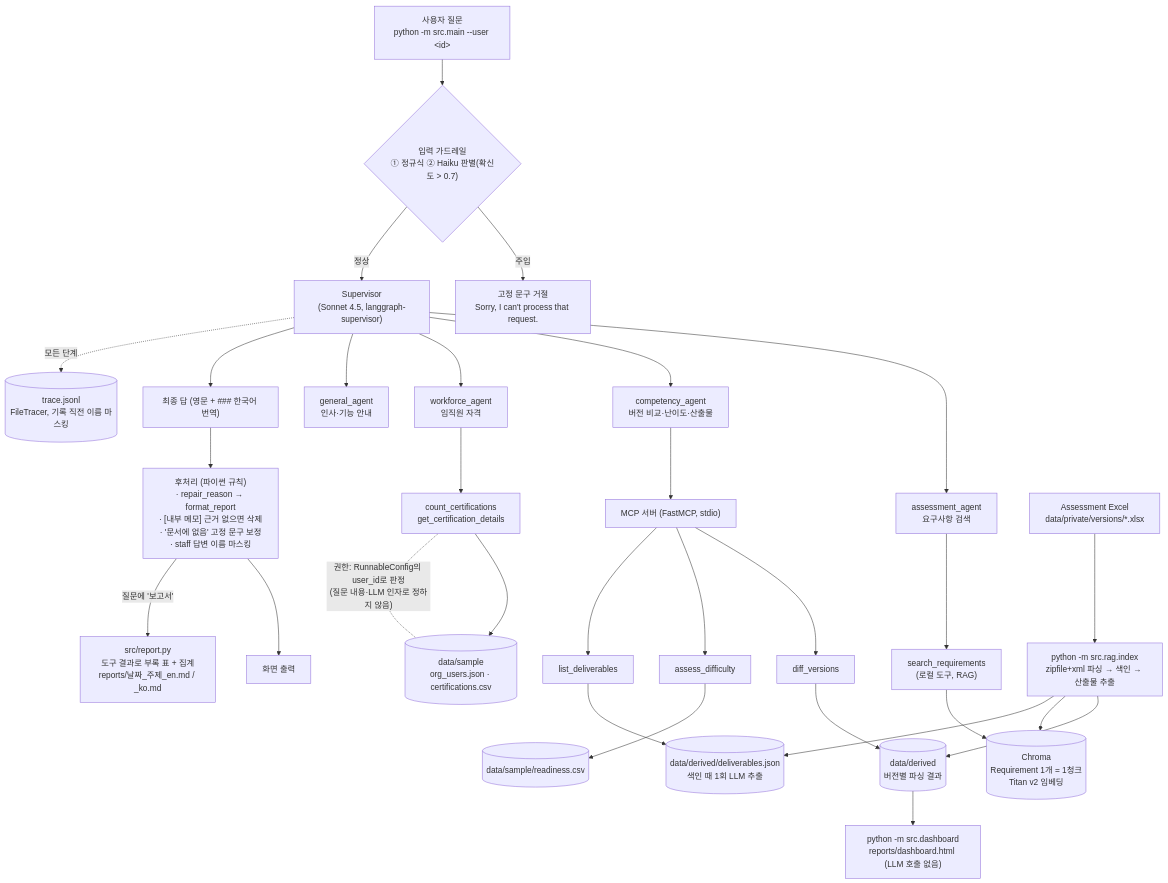
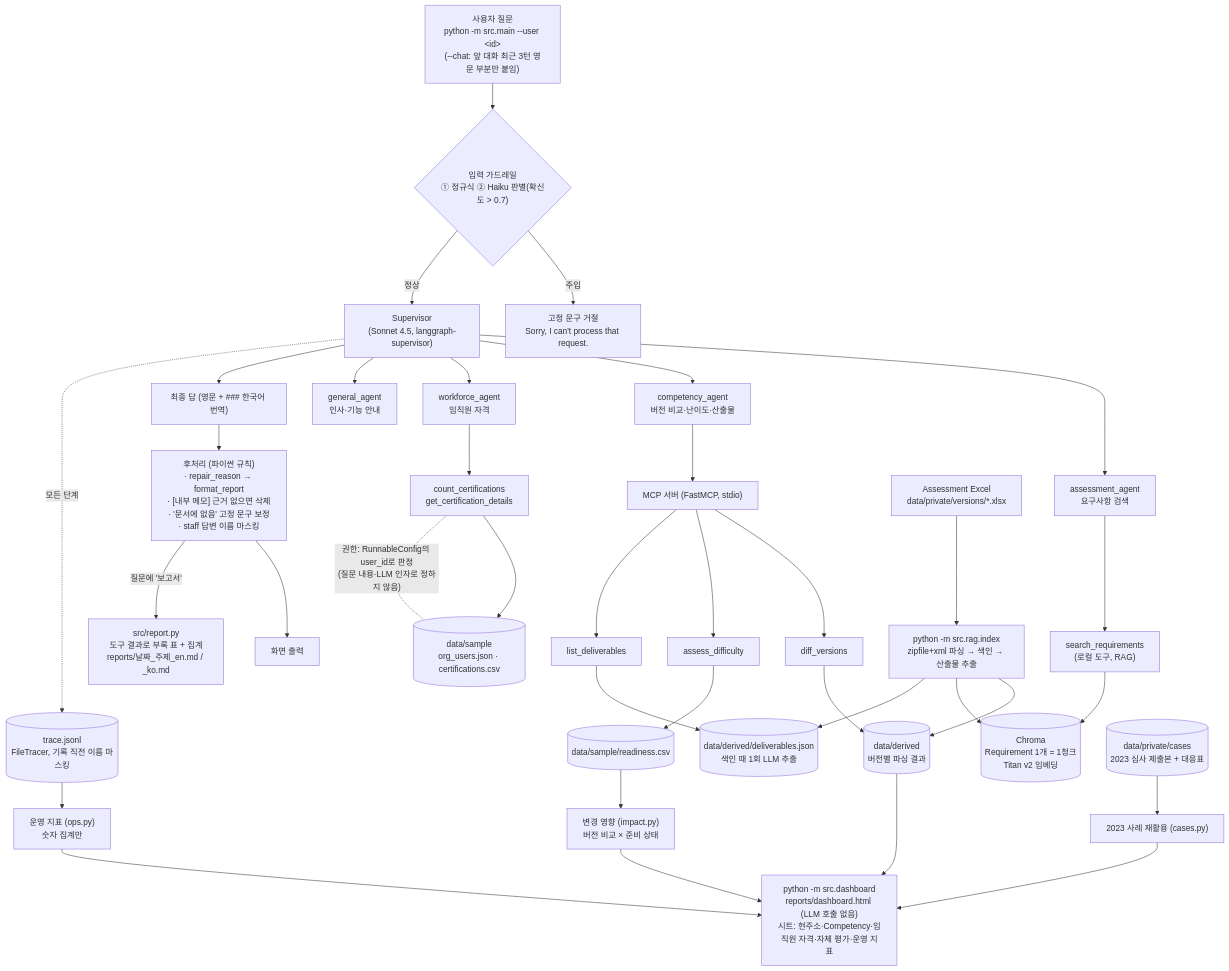
Before and after one commit to YOONSUYOUNG2/compasspilot: the first of 2 diagrams in docs/architecture.md, drawn with Mermaid. The commit also changed other lines of this file and 1 other file, not shown here.

Commit message:
[T18] 제출 마무리: 구조도에 멀티턴·변경 영향·2023 사례 재활용·운영 지표 반영, T18 체크

````diff
--- a/docs/architecture.md
+++ b/docs/architecture.md
@@ -7,39 +7,45 @@
 ```mermaid
 flowchart TD
-    U["사용자 질문<br/>python -m src.main --user &lt;id&gt;"] --> G{"입력 가드레일<br/>① 정규식 ② Haiku 판별(확신도 &gt; 0.7)"}
+    U["사용자 질문<br/>python -m src.main --user &lt;id&gt;<br/>(--chat: 앞 대화 최근 3턴 영문 부분만 붙임)"] --> G{"입력 가드레일<br/>① 정규식 ② Haiku 판별(확신도 &gt; 0.7)"}
     G -- 주입 --> R1["고정 문구 거절<br/>Sorry, I can't process that request."]
     G -- 정상 --> S["Supervisor<br/>(Sonnet 4.5, langgraph-supervisor)"]
 
     S --> A["assessment_agent<br/>요구사항 검색"]
     S --> C["competency_agent<br/>버전 비교·난이도·산출물"]
     S --> W["workforce_agent<br/>임직원 자격"]
     S --> N["general_agent<br/>인사·기능 안내"]
 
     A --> T1["search_requirements<br/>(로컬 도구, RAG)"]
     T1 --> V[("Chroma<br/>Requirement 1개 = 1청크<br/>Titan v2 임베딩")]
 
     C --> MCP["MCP 서버 (FastMCP, stdio)"]
     MCP --> T2["diff_versions"]
     MCP --> T3["assess_difficulty"]
     MCP --> T4["list_deliverables"]
     T2 --> P[("data/derived<br/>버전별 파싱 결과")]
     T3 --> RD[("data/sample/readiness.csv")]
     T4 --> D[("data/derived/deliverables.json<br/>색인 때 1회 LLM 추출")]
 
     W --> T5["count_certifications<br/>get_certification_details"]
     T5 --> O[("data/sample<br/>org_users.json · certifications.csv")]
     T5 -. "권한: RunnableConfig의 user_id로 판정<br/>(질문 내용·LLM 인자로 정하지 않음)" .- O
 
     S --> F["최종 답 (영문 + ### 한국어 번역)"]
     F --> PP["후처리 (파이썬 규칙)<br/>· repair_reason → format_report<br/>· [내부 메모] 근거 없으면 삭제<br/>· '문서에 없음' 고정 문구 보정<br/>· staff 답변 이름 마스킹"]
     PP --> OUT["화면 출력"]
     PP -- "질문에 '보고서'" --> REP["src/report.py<br/>도구 결과로 부록 표 + 집계<br/>reports/날짜_주제_en.md / _ko.md"]
 
     S -. 모든 단계 .-> TR[("trace.jsonl<br/>FileTracer, 기록 직전 이름 마스킹")]
 
     X["Assessment Excel<br/>data/private/versions/*.xlsx"] --> IDX["python -m src.rag.index<br/>zipfile+xml 파싱 → 색인 → 산출물 추출"]
     IDX --> P
     IDX --> V
     IDX --> D
-    P --> DB["python -m src.dashboard<br/>reports/dashboard.html (LLM 호출 없음)"]
+    P --> DB["python -m src.dashboard<br/>reports/dashboard.html (LLM 호출 없음)<br/>시트: 현주소·Competency·임직원 자격·자체 평가·운영 지표"]
+    RD --> IM["변경 영향 (impact.py)<br/>버전 비교 × 준비 상태"]
+    IM --> DB
+    CS[("data/private/cases<br/>2023 심사 제출본 + 대응표")] --> CA["2023 사례 재활용 (cases.py)"]
+    CA --> DB
+    TR --> OPS["운영 지표 (ops.py)<br/>숫자 집계만"]
+    OPS --> DB
 ```
````
